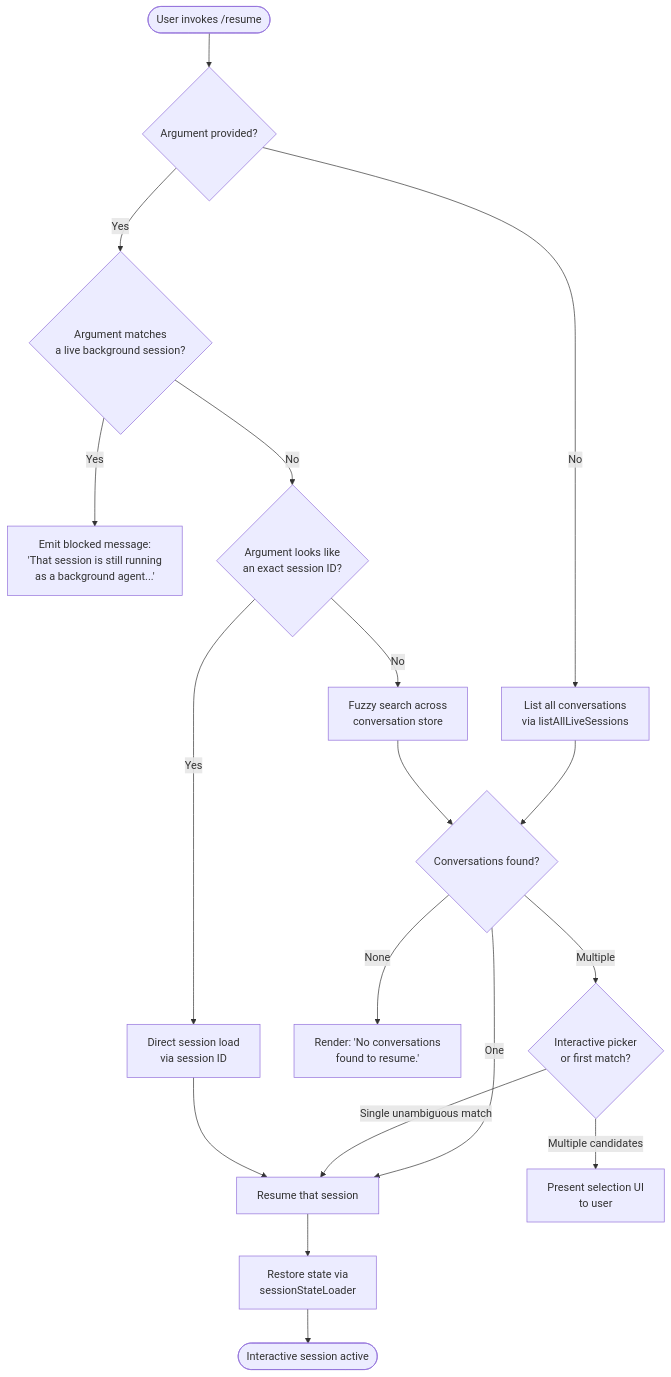
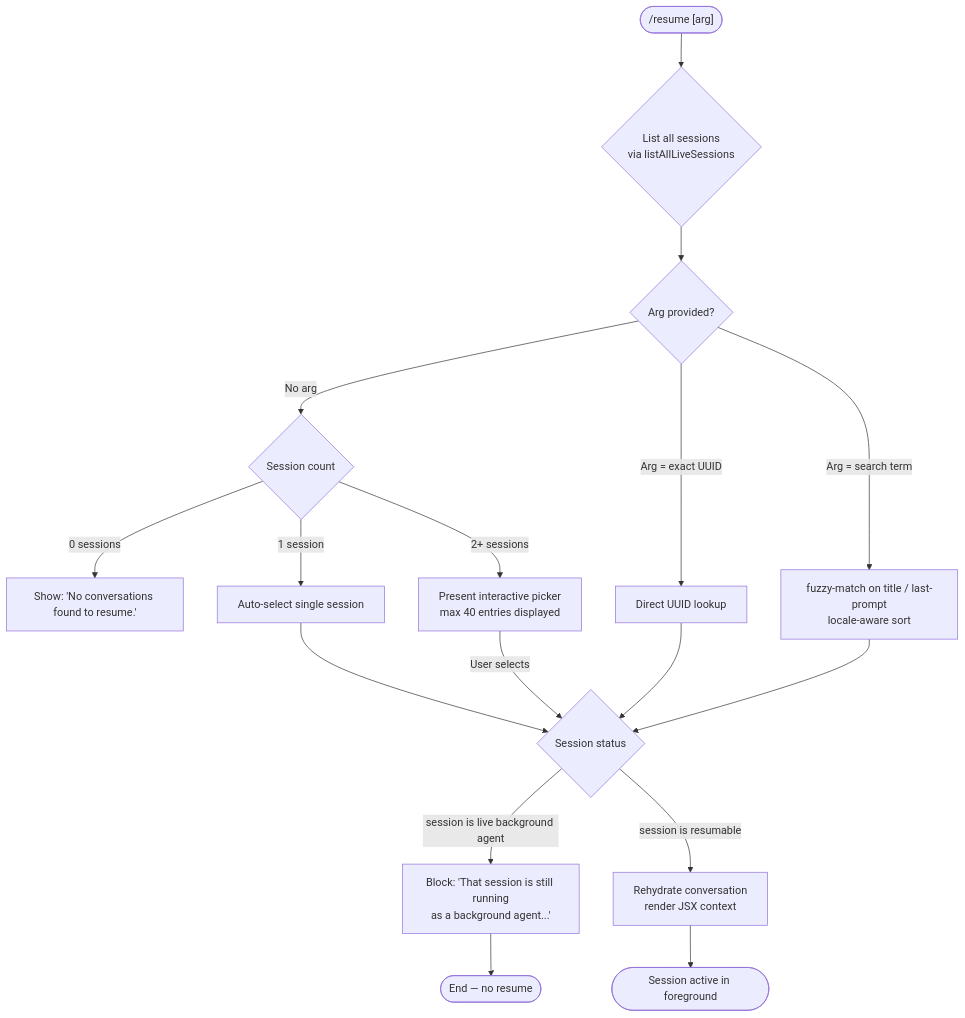
Before and after one commit to MyLittleLuckyDog/cc-gnothi: the diagram in versions/v2.1.157/resume.md, drawn with Mermaid. The commit also changed other lines of this file and 593 other files, not shown here.

````diff
--- a/versions/v2.1.157/resume.md
+++ b/versions/v2.1.157/resume.md
@@ -48,20 +56,19 @@
 ```mermaid
 flowchart TD
-    A([User invokes /resume]) --> B{Argument provided?}
-    B -- No --> C[List all conversations\nvia listAllLiveSessions]
-    B -- Yes --> D{Argument matches\na live background session?}
-    D -- Yes --> E[Emit blocked message:\n'That session is still running\nas a background agent...']
-    D -- No --> F{Argument looks like\nan exact session ID?}
-    F -- Yes --> G[Direct session load\nvia session ID]
-    F -- No --> H[Fuzzy search across\nconversation store]
-    C --> I{Conversations found?}
-    H --> I
-    I -- None --> J[Render: 'No conversations\nfound to resume.']
-    I -- One --> K[Resume that session]
-    I -- Multiple --> L{Interactive picker\nor first match?}
-    L -- Single unambiguous match --> K
-    L -- Multiple candidates --> M[Present selection UI\nto user]
-    G --> K
-    K --> N[Restore state via\nsessionStateLoader]
-    N --> O([Interactive session active])
+    A(["/resume [arg]"]) --> B{List all sessions\nvia listAllLiveSessions}
+    B --> C{Arg provided?}
+    C -- No arg --> D{Session count}
+    D -- 0 sessions --> E["Show: 'No conversations found to resume.'"]
+    D -- 1 session --> F[Auto-select single session]
+    D -- 2+ sessions --> G[Present interactive picker\nmax 40 entries displayed]
+    C -- Arg = exact UUID --> H[Direct UUID lookup]
+    C -- Arg = search term --> I[fuzzy-match on title / last-prompt\nlocale-aware sort]
+    H --> J{Session status}
+    I --> J
+    F --> J
+    G -->|User selects| J
+    J -- session is live background agent --> K["Block: 'That session is still running\nas a background agent...'"]
+    J -- session is resumable --> L[Rehydrate conversation\nrender JSX context]
+    K --> M([End — no resume])
+    L --> N([Session active in foreground])
 ```
````
